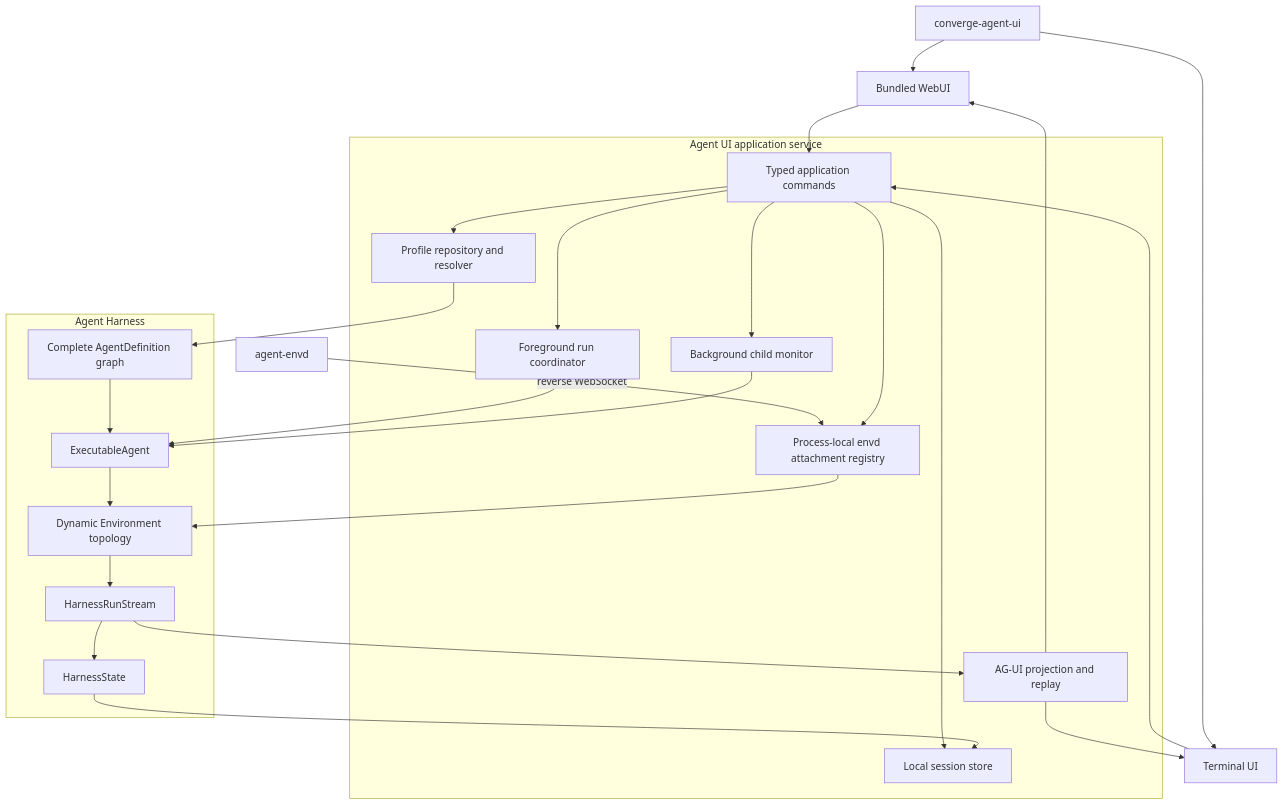
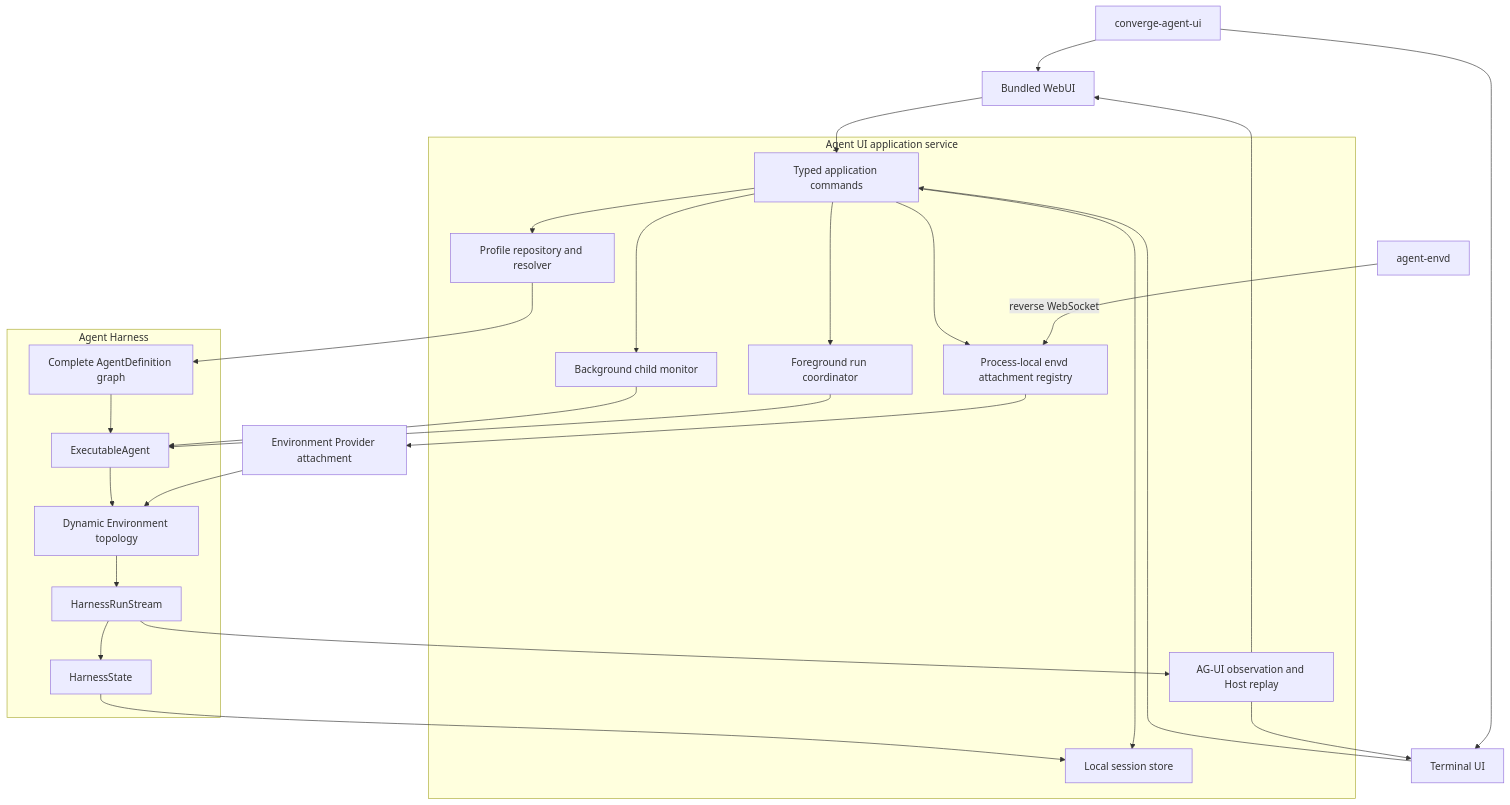
Before and after one commit to LTThreeComma/agent-foundation: the first of 3 diagrams in spec/agent-ui/00-overview.md, drawn with Mermaid. The commit also changed other lines of this file and 86 other files, not shown here.

````diff
--- a/spec/agent-ui/00-overview.md
+++ b/spec/agent-ui/00-overview.md
@@ -36,36 +36,37 @@
 ```mermaid
 flowchart TB
     CLI[converge-agent-ui]
     Web[Bundled WebUI]
     TUI[Terminal UI]
 
     subgraph Host[Agent UI application service]
         Commands[Typed application commands]
         Profiles[Profile repository and resolver]
         Sessions[Local session store]
         Runs[Foreground run coordinator]
         Jobs[Background child monitor]
         Attachments[Process-local envd attachment registry]
-        Projection[AG-UI projection and replay]
+        Projection[AG-UI observation and Host replay]
     end
 
     subgraph Runtime[Agent Harness]
         Definition[Complete AgentDefinition graph]
         Executable[ExecutableAgent]
         Environment[Dynamic Environment topology]
         Stream[HarnessRunStream]
         State[HarnessState]
     end
 
+    ProviderPackage[Environment Provider attachment]
     Envd[agent-envd] -->|reverse WebSocket| Attachments
+    Attachments --> ProviderPackage --> Environment
     CLI --> Web
     CLI --> TUI
     Web & TUI --> Commands
     Commands --> Profiles & Sessions & Runs & Jobs & Attachments
-    Attachments --> Environment
     Profiles --> Definition --> Executable
     Runs & Jobs --> Executable --> Environment --> Stream --> State
     Stream --> Projection
     Projection --> Web & TUI
     State --> Sessions
 ```
````
